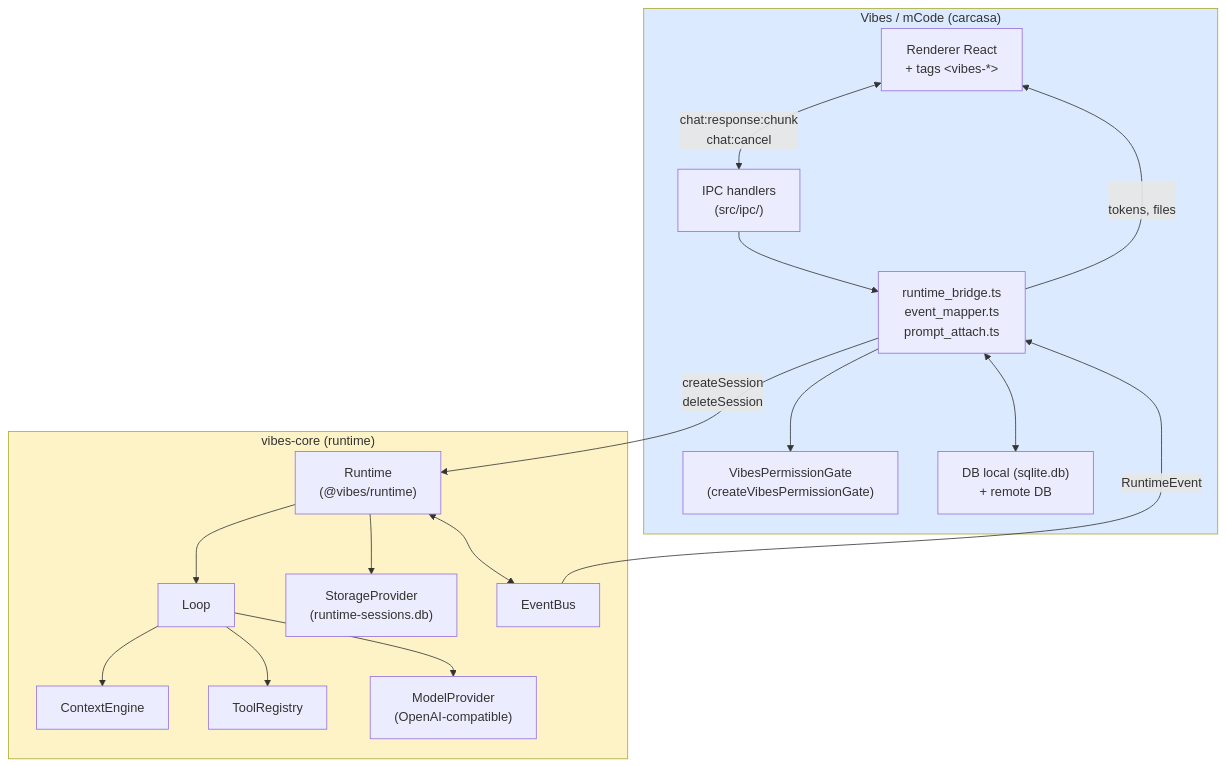
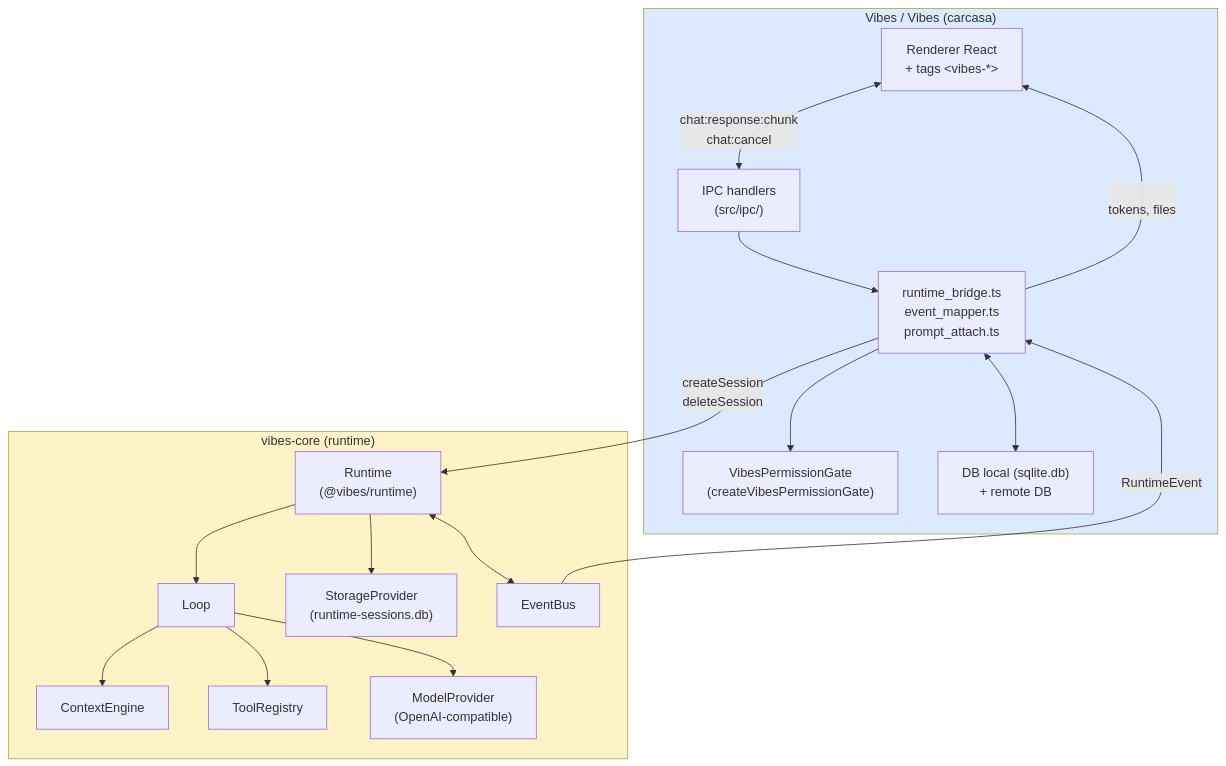
The diagram in docs/architecture/runtime-frontier.md (jpmunix/vibes), drawn with Mermaid before and after one commit. The commit also changed other lines of this file and 10 other files, not shown here.

````diff
--- a/docs/architecture/runtime-frontier.md
+++ b/docs/architecture/runtime-frontier.md
@@ -31,37 +31,37 @@
 ```mermaid
 flowchart TB
-  subgraph Vibes["Vibes / mCode (carcasa)"]
+  subgraph Vibes["Vibes / Vibes (carcasa)"]
     UI["Renderer React<br/>+ tags &lt;vibes-*&gt;"]
     IPC["IPC handlers<br/>(src/ipc/)"]
     Bridge["runtime_bridge.ts<br/>event_mapper.ts<br/>prompt_attach.ts"]
     Permissions["VibesPermissionGate<br/>(createVibesPermissionGate)"]
     Storage["DB local (sqlite.db)<br/>+ remote DB"]
   end
 
   subgraph Core["vibes-core (runtime)"]
     Runtime["Runtime<br/>(@vibes/runtime)"]
     Loop["Loop"]
     Context["ContextEngine"]
     Tools["ToolRegistry"]
     Provider["ModelProvider<br/>(OpenAI-compatible)"]
     RuntimeStorage["StorageProvider<br/>(runtime-sessions.db)"]
     EventBus["EventBus"]
   end
 
   UI <-->|"chat:response:chunk<br/>chat:cancel"| IPC
   IPC --> Bridge
   Bridge -->|"createSession<br/>deleteSession"| Runtime
   Bridge --> Permissions
   Bridge <--> Storage
   Runtime --> Loop
   Loop --> Context
   Loop --> Tools
   Loop --> Provider
   Runtime --> RuntimeStorage
   Runtime <--> EventBus
   EventBus -->|"RuntimeEvent"| Bridge
   Bridge -->|"<vibes-*><br/>tokens, files"| UI
 
   style Core fill:#fef3c7
   style Vibes fill:#dbeafe
 ```
````
